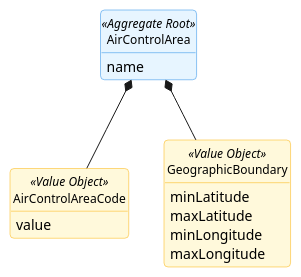
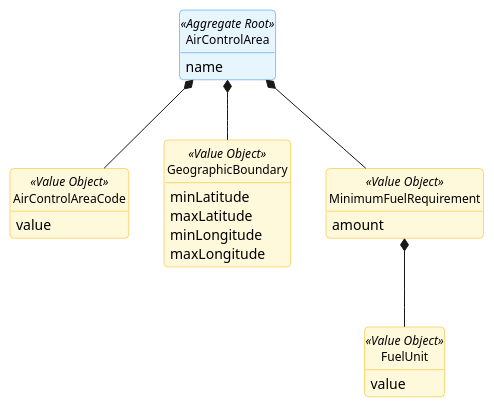
One commit to GustavoFerreira24/flight-management-platform changed the diagram in docs/global-artifacts/02.analysis/puml/Aggregates/AirControlAreaAggregate.puml. Above: the diagram before and after it, drawn with PlantUML. The commit also changed 15 other files, not shown here.

Commit message:
US10(DOCS): Extend AirControlAreaAggregate documentation with MinimumFuelRequirement and FuelUnit value objects and generated svg's to all SD's [#14]

```diff
--- a/docs/global-artifacts/02.analysis/puml/Aggregates/AirControlAreaAggregate.puml
+++ b/docs/global-artifacts/02.analysis/puml/Aggregates/AirControlAreaAggregate.puml
@@ -1,44 +1,57 @@
 @startuml
 
 skinparam {
     BackgroundColor white
     RoundCorner 8
     Shadowing false
     Handwritten false
     ClassAttributeIconSize 0
 
     ClassBackgroundColor white
     ClassBorderColor #495057
     ClassFontSize 12
 
     ClassBackgroundColor<<Aggregate Root>> #E7F5FF
     ClassBorderColor<<Aggregate Root>> #228BE6
 
     ClassBackgroundColor<<Value Object>> #FFF9DB
     ClassBorderColor<<Value Object>> #FAB005
 
     ClassBackgroundColor<<Entity>> #F3F0FF
     ClassBorderColor<<Entity>> #7950F2
 }
 hide circle
 hide methods
 
-class AirControlArea <<Aggregate Root>> {
-    name
-}
+    class AirControlArea <<Aggregate Root>> {
+        name
+    }
 
-class AirControlAreaCode <<Value Object>> {
-    value
-}
+    class AirControlAreaCode <<Value Object>> {
+        value
+    }
 
-class GeographicBoundary <<Value Object>> {
-    minLatitude
-    maxLatitude
-    minLongitude
-    maxLongitude
-}
+    class GeographicBoundary <<Value Object>> {
+        minLatitude
+        maxLatitude
+        minLongitude
+        maxLongitude
+    }
 
-AirControlArea *-- AirControlAreaCode
-AirControlArea *-- GeographicBoundary
+    class MinimumFuelRequirement <<Value Object>> {
+        amount
+    }
+
+    class FuelUnit <<Value Object>> {
+        value
+    }
+
+    AirControlArea *-- MinimumFuelRequirement
+    MinimumFuelRequirement *-- FuelUnit
+
+    AirControlArea *-- AirControlAreaCode
+    AirControlArea *-- GeographicBoundary
+
+
 
 @enduml
```
